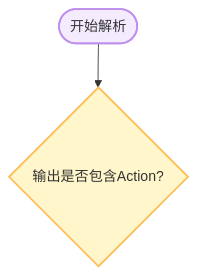
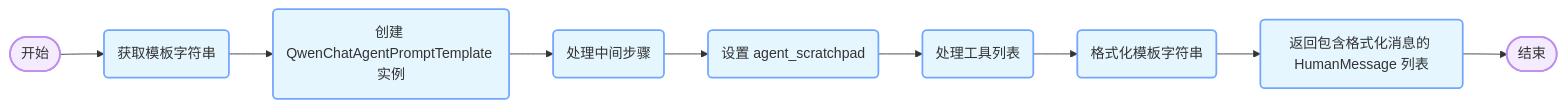
The diagram in all/未命名-2.md (sdgixfg/iodraw-files), drawn with Mermaid before and after one commit.

Commit message:
2025-05-24 15:50:30 update

````diff
--- a/all/未命名-2.md
+++ b/all/未命名-2.md
@@ -1,10 +1,17 @@
 ```mermaid
-graph TD
+graph LR
     classDef startend fill:#F5EBFF,stroke:#BE8FED,stroke-width:2px
     classDef process fill:#E5F6FF,stroke:#73A6FF,stroke-width:2px
     classDef decision fill:#FFF6CC,stroke:#FFBC52,stroke-width:2px
-    classDef io fill:#FFEBEB,stroke:#E68994,stroke-width:2px
     
-    A([开始解析]):::startend --> B{输出是否包含Action?}:::decision
+    A([开始]):::startend --> E(获取模板字符串):::process
     
+    E --> F(创建 QwenChatAgentPromptTemplate 实例):::process
+    F --> G(处理中间步骤):::process
+    G --> H(设置 agent_scratchpad):::process
+    H --> J(处理工具列表):::process
+    %% I --> J(创建工具名称列表):::process
+    J --> K(格式化模板字符串):::process
+    K --> L(返回包含格式化消息的 HumanMessage 列表):::process
+    L --> M([结束]):::startend
 ```
````
